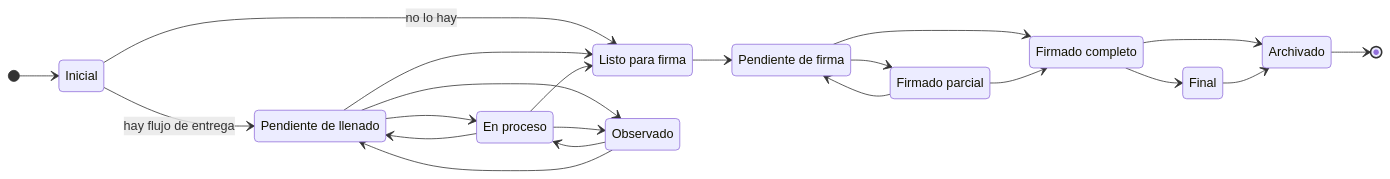
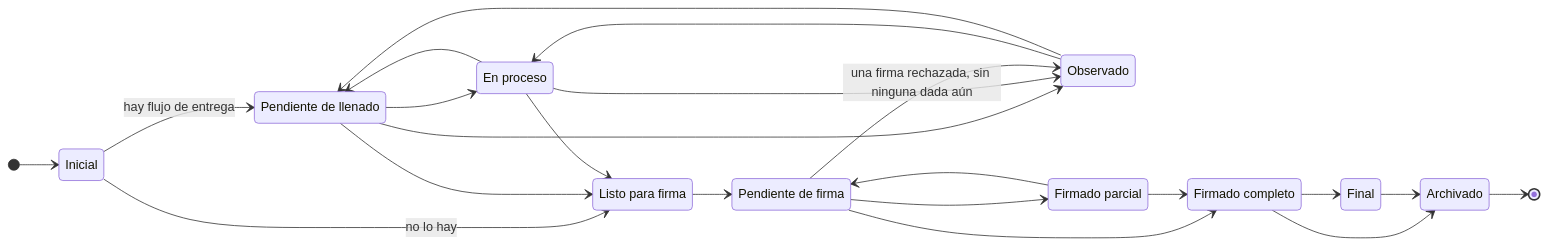
Before and after one commit to fresvel/deasy: the diagram in docs/src/content/docs/modelo/vocabularios-de-estado.md, drawn with Mermaid. The commit also changed other lines of this file and 6 other files, not shown here.

````diff
--- a/docs/src/content/docs/modelo/vocabularios-de-estado.md
+++ b/docs/src/content/docs/modelo/vocabularios-de-estado.md
@@ -143,31 +143,32 @@
 ```mermaid
 stateDiagram-v2
     direction LR
     [*] --> Inicial
     Inicial --> PendienteLlenado: hay flujo de entrega
     Inicial --> ListoFirma: no lo hay
     PendienteLlenado --> EnProceso
     EnProceso --> PendienteLlenado
     PendienteLlenado --> Observado
     EnProceso --> Observado
     Observado --> EnProceso
     Observado --> PendienteLlenado
     PendienteLlenado --> ListoFirma
     EnProceso --> ListoFirma
     ListoFirma --> PendienteFirma
+    PendienteFirma --> Observado: una firma rechazada, sin ninguna dada aún
     PendienteFirma --> FirmadoParcial
     FirmadoParcial --> PendienteFirma
     PendienteFirma --> FirmadoCompleto
     FirmadoParcial --> FirmadoCompleto
     FirmadoCompleto --> Final
     FirmadoCompleto --> Archivado
     Final --> Archivado
     Archivado --> [*]
 
     PendienteLlenado: Pendiente de llenado
     EnProceso: En proceso
     ListoFirma: Listo para firma
     PendienteFirma: Pendiente de firma
     FirmadoParcial: Firmado parcial
     FirmadoCompleto: Firmado completo
 ```
````
